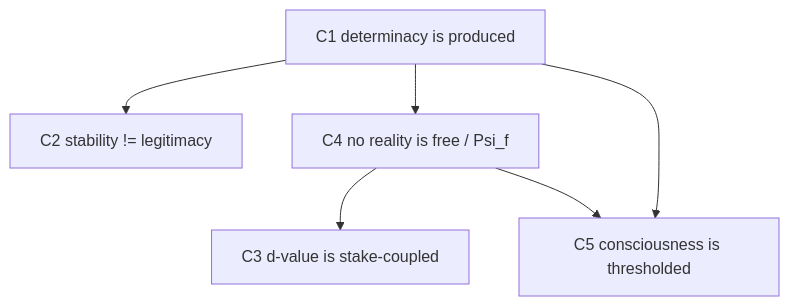
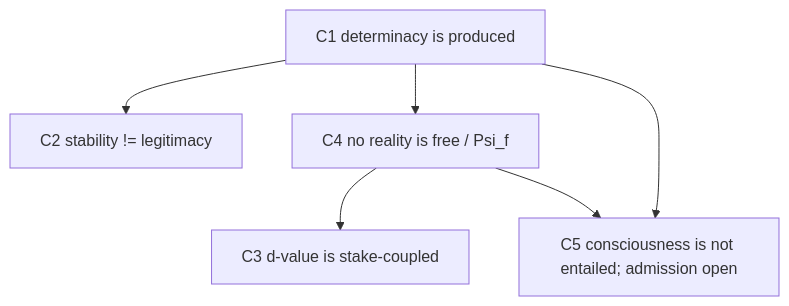
The diagram in 05_Public_Release/Projects/Independent_Researcher_Platform/Theory_Packets/THEORY_PACKET_SAMPLE_SRT.md (zyx1st-png/SRT-Pub), drawn with Mermaid before and after one commit. The commit also changed other lines of this file and 45 other files, not shown here.

````diff
--- a/05_Public_Release/Projects/Independent_Researcher_Platform/Theory_Packets/THEORY_PACKET_SAMPLE_SRT.md
+++ b/05_Public_Release/Projects/Independent_Researcher_Platform/Theory_Packets/THEORY_PACKET_SAMPLE_SRT.md
@@ -118,8 +118,8 @@
 ```mermaid
 graph TD
   C1[C1 determinacy is produced] --> C2[C2 stability != legitimacy]
   C1 --> C4[C4 no reality is free / Psi_f]
   C4 --> C3[C3 d-value is stake-coupled]
-  C1 --> C5[C5 consciousness is thresholded]
+  C1 --> C5[C5 consciousness is not entailed; admission open]
   C4 --> C5
 ```
````
